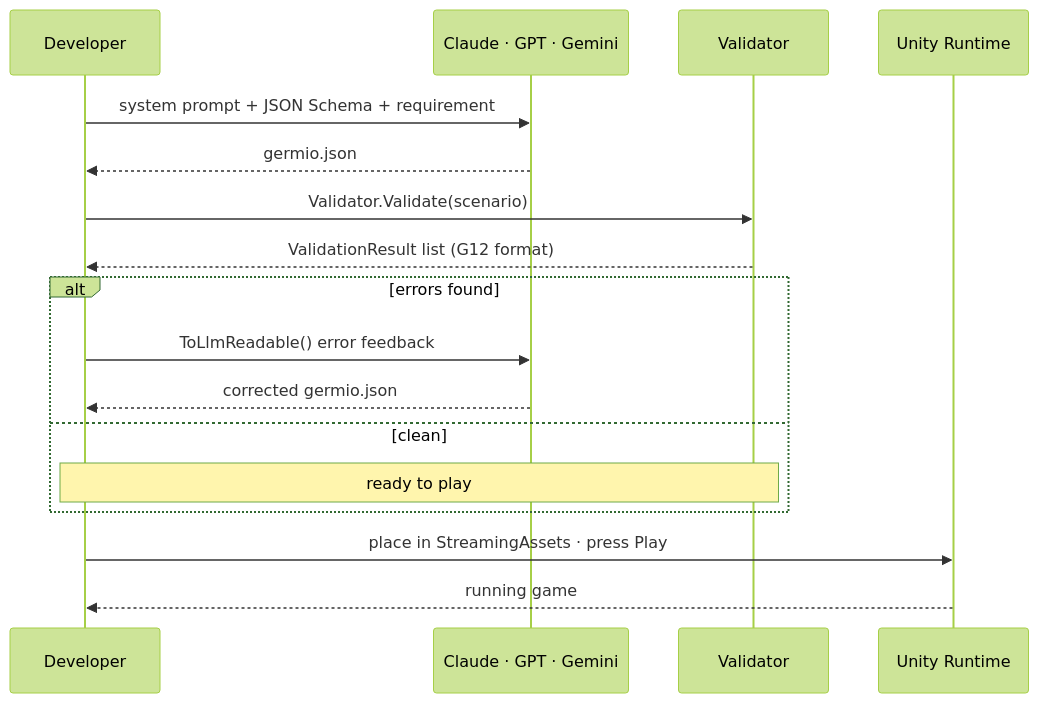
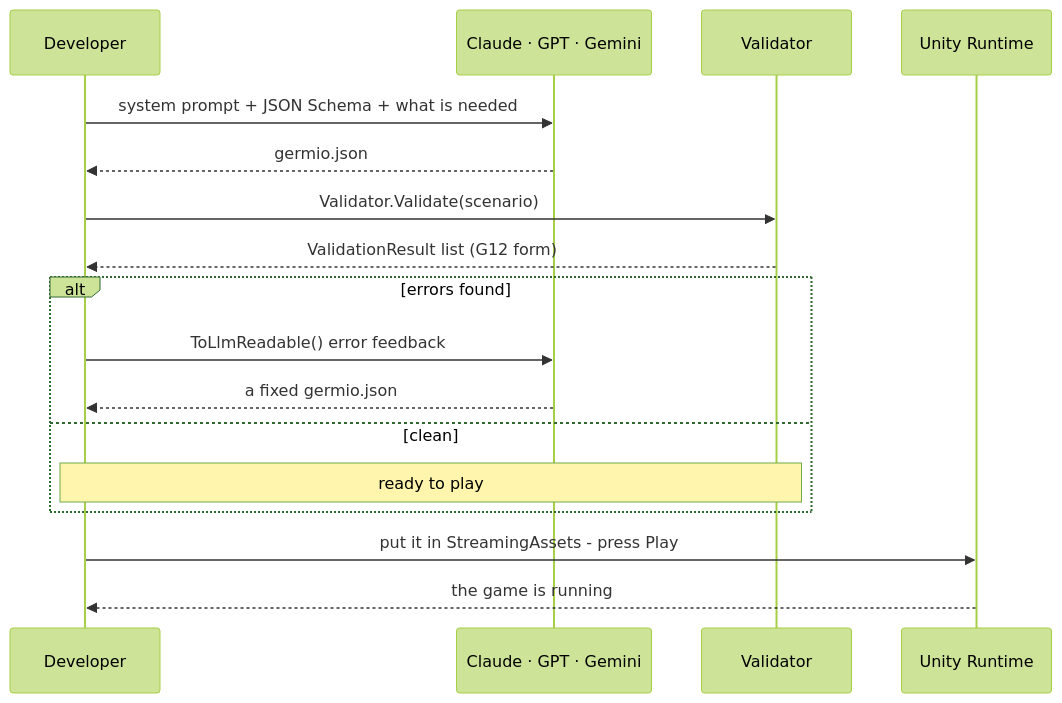
Before and after one commit to hiroxpepe/germio: the fourth of 7 diagrams in README.md, drawn with Mermaid (forest theme). The commit also changed other lines of this file and 1 other file, not shown here.

````diff
--- a/README.md
+++ b/README.md
@@ -107,20 +116,20 @@
 ```mermaid
 sequenceDiagram
     participant Dev as Developer
     participant LLM as Claude · GPT · Gemini
     participant Val as Validator
     participant Unity as Unity Runtime
 
-    Dev->>LLM: system prompt + JSON Schema + requirement
+    Dev->>LLM: system prompt + JSON Schema + what is needed
     LLM-->>Dev: germio.json
     Dev->>Val: Validator.Validate(scenario)
-    Val-->>Dev: ValidationResult list (G12 format)
+    Val-->>Dev: ValidationResult list (G12 form)
     alt errors found
         Dev->>LLM: ToLlmReadable() error feedback
-        LLM-->>Dev: corrected germio.json
+        LLM-->>Dev: a fixed germio.json
     else clean
         Note over Dev,Val: ready to play
     end
-    Dev->>Unity: place in StreamingAssets · press Play
-    Unity-->>Dev: running game
+    Dev->>Unity: put it in StreamingAssets - press Play
+    Unity-->>Dev: the game is running
 ```
````
